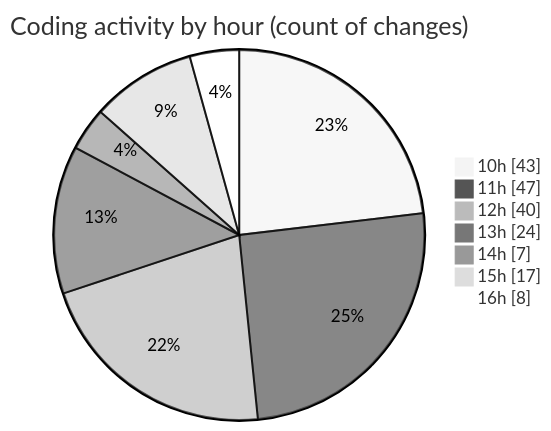
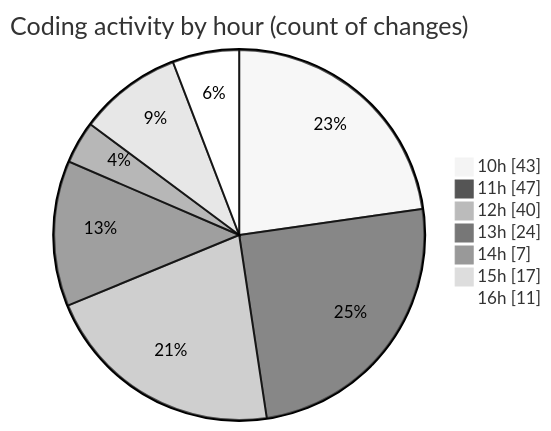
The second of 2 diagrams in 2025-02-10/cda/README.md (momahboobian/code-tracking), drawn with Mermaid (neutral theme) before and after one commit. The commit also changed other lines of this file and 1 other file, not shown here.

````diff
--- a/2025-02-10/cda/README.md
+++ b/2025-02-10/cda/README.md
@@ -35,11 +35,11 @@
 ```mermaid
 pie showData
 title Coding activity by hour (count of changes)
 "10h" : 43
 "11h" : 47
 "12h" : 40
 "13h" : 24
 "14h" : 7
 "15h" : 17
-"16h" : 8
+"16h" : 11
 ```
````
